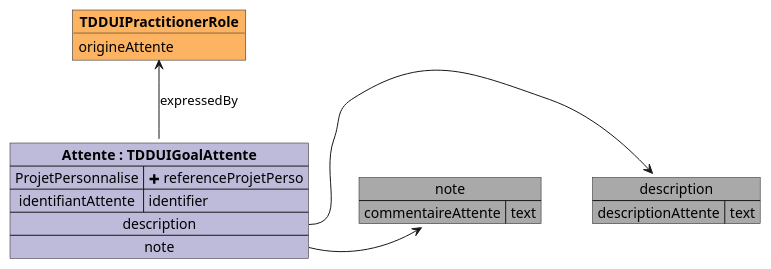
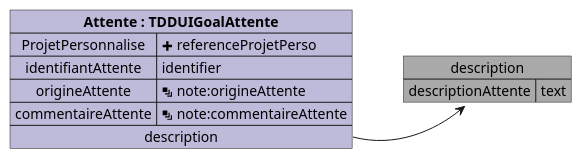
Before and after one commit to ansforge/IG-fhir-medicosocial-transfert-donnees-dui: the diagram in input/images-source/mapping_TDDUIGoalAttente.plantuml, drawn with PlantUML. The commit also changed 32 other files, not shown here.

```diff
--- a/input/images-source/mapping_TDDUIGoalAttente.plantuml
+++ b/input/images-source/mapping_TDDUIGoalAttente.plantuml
@@ -1,24 +1,16 @@
 @startuml
 
 map "description" as description #DarkGray {
     descriptionAttente => text
 }
 
-map "note" as note #DarkGray {
-    commentaireAttente => text
-}
-
-object "**TDDUIPractitionerRole**" as TDDUIPractitionerRole_expressedBy #fdb462 {
-    origineAttente
-}
-
 map "**Attente : TDDUIGoalAttente**" as Attente #bebada {
     ProjetPersonnalise => <&plus> referenceProjetPerso
     identifiantAttente => identifier
+    origineAttente => <&layers> note:origineAttente
+    commentaireAttente => <&layers> note:commentaireAttente
     description *-> description
-    note *-> note
 }
 
-Attente -u-> TDDUIPractitionerRole_expressedBy : expressedBy
 
 @enduml
```
